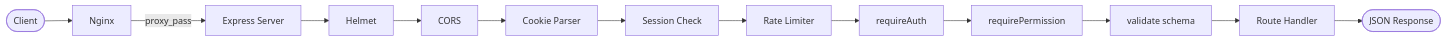
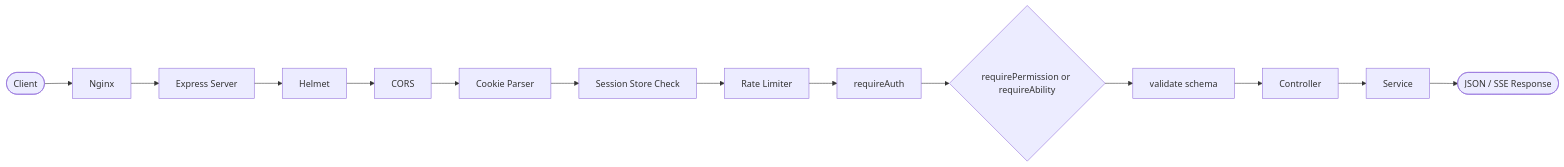
The first of 4 diagrams in docs/basic-design/component/api-design-overview.md (b-knowledge-solution/b-knowledge), drawn with Mermaid before and after one commit. The commit also changed other lines of this file and 2 other files, not shown here.

First line of the commit message:
docs(09-02): rewrite security and api permission design

````diff
--- a/docs/basic-design/component/api-design-overview.md
+++ b/docs/basic-design/component/api-design-overview.md
@@ -9,15 +18,16 @@
 ```mermaid
 graph LR
     Client([Client]) --> Nginx
-    Nginx -->|proxy_pass| Express[Express Server]
+    Nginx --> Express[Express Server]
     Express --> Helmet
     Helmet --> CORS
     CORS --> Cookie[Cookie Parser]
-    Cookie --> Session[Session Check]
+    Cookie --> Session[Session Store Check]
     Session --> RateLimit[Rate Limiter]
     RateLimit --> AuthMW[requireAuth]
-    AuthMW --> PermMW[requirePermission]
-    PermMW --> Validate[validate schema]
-    Validate --> Handler[Route Handler]
-    Handler --> Response([JSON Response])
+    AuthMW --> Authz{requirePermission or requireAbility}
+    Authz --> Validate[validate schema]
+    Validate --> Controller[Controller]
+    Controller --> Service[Service]
+    Service --> Response([JSON / SSE Response])
 ```
````
